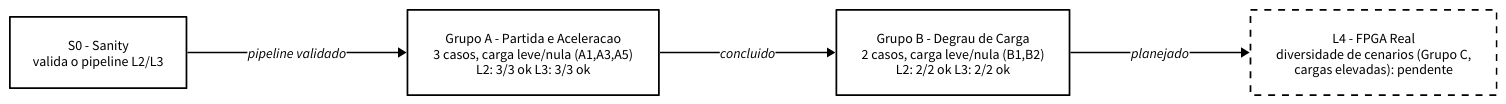
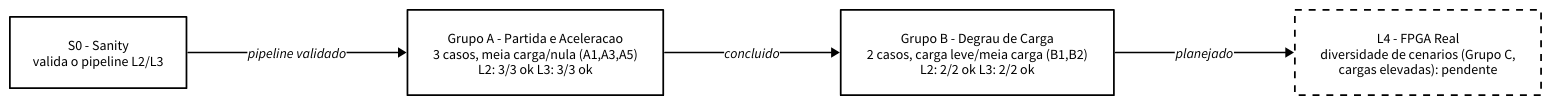
Before and after one commit to urielcontardi/Hardware-in-the-Loop: the diagram in docs/diagrams/06-validation-groups.d2, drawn with D2. The commit also changed 8 other files, not shown here.

```diff
--- a/docs/diagrams/06-validation-groups.d2
+++ b/docs/diagrams/06-validation-groups.d2
@@ -1,26 +1,26 @@
 # =============================================================================
 # Figura 06 - Sequencia dos grupos de ensaio da campanha (S0 -> Grupo A -> Grupo
 # B -> L4), com o status L2/L3 de cada grupo. Grupo A/B usam matriz reduzida
 # (carga leve/nula) por limitacao do V/f em malha aberta sem boost/compensacao
 # de escorregamento -- diversidade de cenarios (Grupo C, cargas elevadas) fica
 # reservada ao L4. Nao detalha parametros internos (ver tabela da matriz de
 # parametros no capitulo de resultados).
 # =============================================================================
 
 vars: {d2-config: {layout-engine: elk; pad: 40}}
 direction: right
 
 classes: {
   box:     {style: {fill: white; stroke: black; stroke-width: 2; border-radius: 0; font-color: black; bold: false}}
   pending: {style: {fill: white; stroke: black; stroke-width: 2; stroke-dash: 4; border-radius: 0; font-color: black; bold: false}}
   arrow:   {style: {stroke: black; stroke-width: 2; font-color: black; bold: false}}
 }
 
 s0: "S0 - Sanity\nvalida o pipeline L2/L3" {class: box}
-grupo_a: "Grupo A - Partida e Aceleracao\n3 casos, carga leve/nula (A1,A3,A5)\nL2: 3/3 ok  L3: 3/3 ok" {class: box}
-grupo_b: "Grupo B - Degrau de Carga\n2 casos, carga leve/nula (B1,B2)\nL2: 2/2 ok  L3: 2/2 ok" {class: box}
+grupo_a: "Grupo A - Partida e Aceleracao\n3 casos, meia carga/nula (A1,A3,A5)\nL2: 3/3 ok  L3: 3/3 ok" {class: box}
+grupo_b: "Grupo B - Degrau de Carga\n2 casos, carga leve/meia carga (B1,B2)\nL2: 2/2 ok  L3: 2/2 ok" {class: box}
 l4: "L4 - FPGA Real\ndiversidade de cenarios (Grupo C,\ncargas elevadas): pendente" {class: pending}
 
 s0 -> grupo_a: "pipeline validado" {class: arrow}
 grupo_a -> grupo_b: "concluido" {class: arrow}
 grupo_b -> l4: "planejado" {class: arrow}
```
